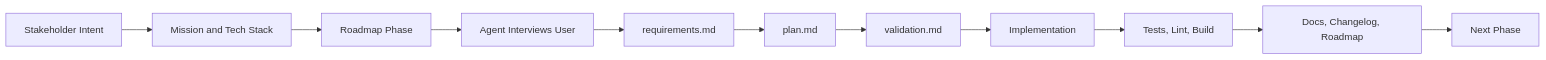
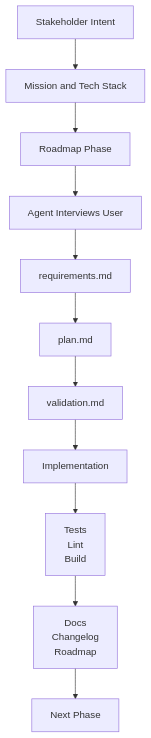
One commit to YGBStudio/AgentWellnessCenter changed the second of 2 diagrams in README.md. Above: the diagram before and after it, drawn with Mermaid.

Commit message:
docs: update workflow diagram to vertical layout

````diff
--- a/README.md
+++ b/README.md
@@ -91,13 +91,13 @@
 ```mermaid
-flowchart LR
+flowchart TD
   Intent[Stakeholder Intent] --> Mission[Mission and Tech Stack]
   Mission --> Roadmap[Roadmap Phase]
   Roadmap --> Interview[Agent Interviews User]
   Interview --> Requirements[requirements.md]
   Requirements --> Plan[plan.md]
   Plan --> Validation[validation.md]
   Validation --> Implementation[Implementation]
-  Implementation --> Tests[Tests, Lint, Build]
-  Tests --> Docs[Docs, Changelog, Roadmap]
+  Implementation --> Tests[Tests<br/>Lint<br/>Build]
+  Tests --> Docs[Docs<br/>Changelog<br/>Roadmap]
   Docs --> NextPhase[Next Phase]
 ```
````
